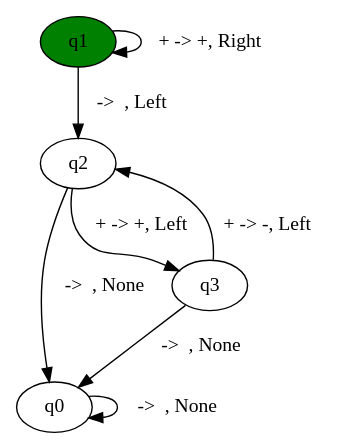
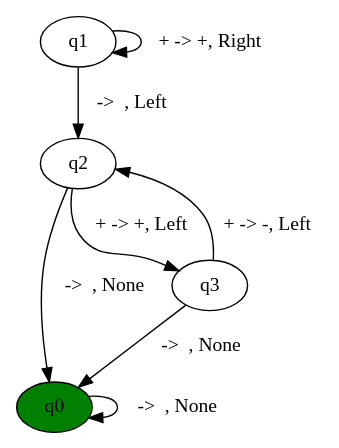
Before and after one commit to DieSunn/auto_theory: the diagram in Lab4_turing/5_1_laboratornaya/5.1 лабораторная/bin/Debug/state_graph.dot, drawn with Graphviz. The commit also changed 190 other files, not shown here.

```diff
--- a/Lab4_turing/5_1_laboratornaya/5.1 лабораторная/bin/Debug/state_graph.dot
+++ b/Lab4_turing/5_1_laboratornaya/5.1 лабораторная/bin/Debug/state_graph.dot
@@ -1,11 +1,10 @@
 digraph StateGraph {
+    q0 [style=filled, fillcolor=green];
     q0 -> q0 [label="  ->  , None"];
-    q1 [style=filled, fillcolor=green];
     q1 -> q1 [label="+ -> +, Right"];
     q2 -> q3 [label="+ -> +, Left"];
     q3 -> q2 [label="+ -> -, Left"];
-    q1 [style=filled, fillcolor=green];
     q1 -> q2 [label="  ->  , Left"];
     q2 -> q0 [label="  ->  , None"];
     q3 -> q0 [label="  ->  , None"];
 }
```
